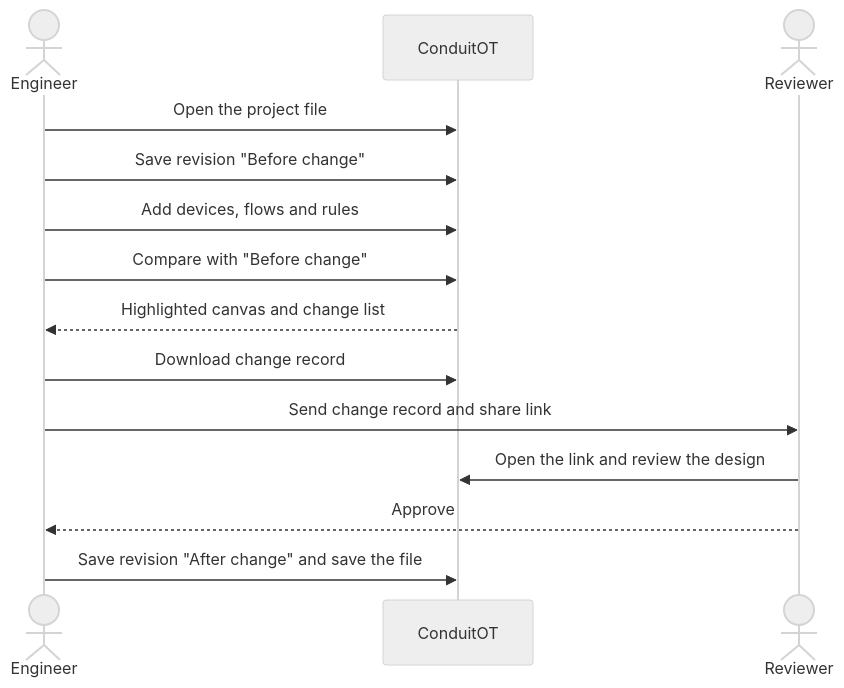
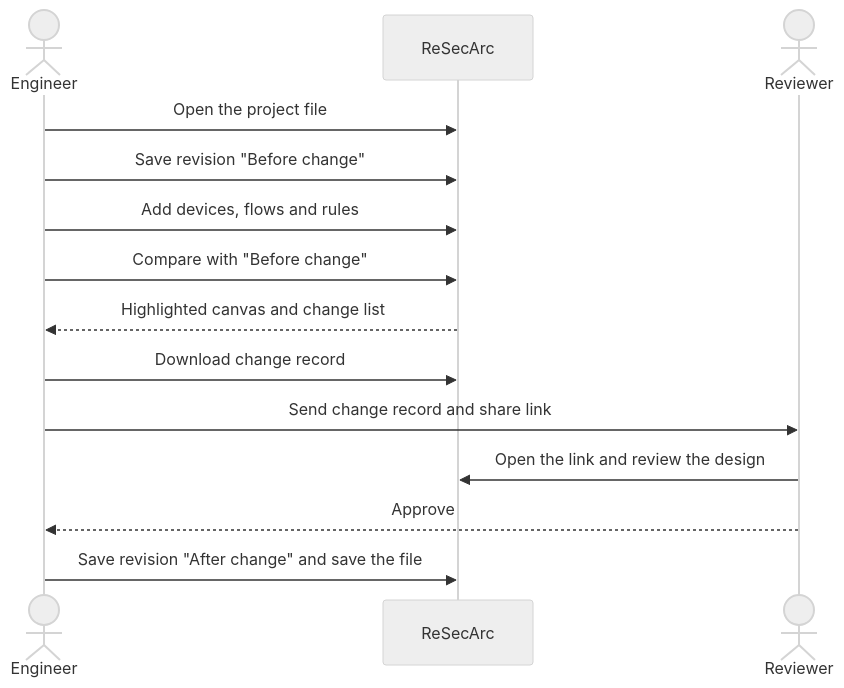
The seventh of 32 diagrams in README.md (vijaykumargowdakk/ReSecArc), drawn with Mermaid (neutral theme) before and after one commit. The commit also changed other lines of this file and 33 other files, not shown here.

First line of the commit message:
Rename the product to ReSecArc

````diff
--- a/README.md
+++ b/README.md
@@ -413,16 +413,16 @@
 ```mermaid
 sequenceDiagram
     actor Eng as Engineer
-    participant App as ConduitOT
+    participant App as ReSecArc
     actor Rev as Reviewer
     Eng->>App: Open the project file
     Eng->>App: Save revision "Before change"
     Eng->>App: Add devices, flows and rules
     Eng->>App: Compare with "Before change"
     App-->>Eng: Highlighted canvas and change list
     Eng->>App: Download change record
     Eng->>Rev: Send change record and share link
     Rev->>App: Open the link and review the design
     Rev-->>Eng: Approve
     Eng->>App: Save revision "After change" and save the file
 ```
````
